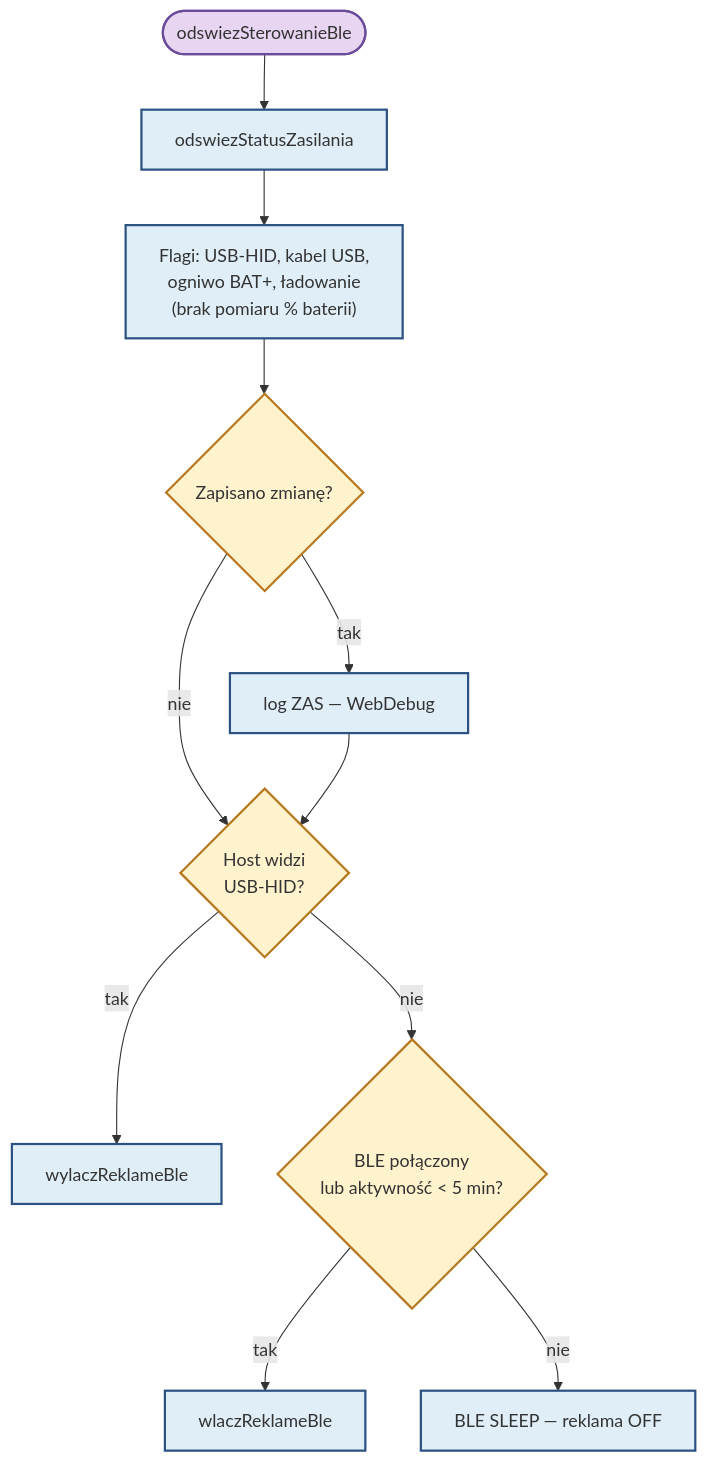
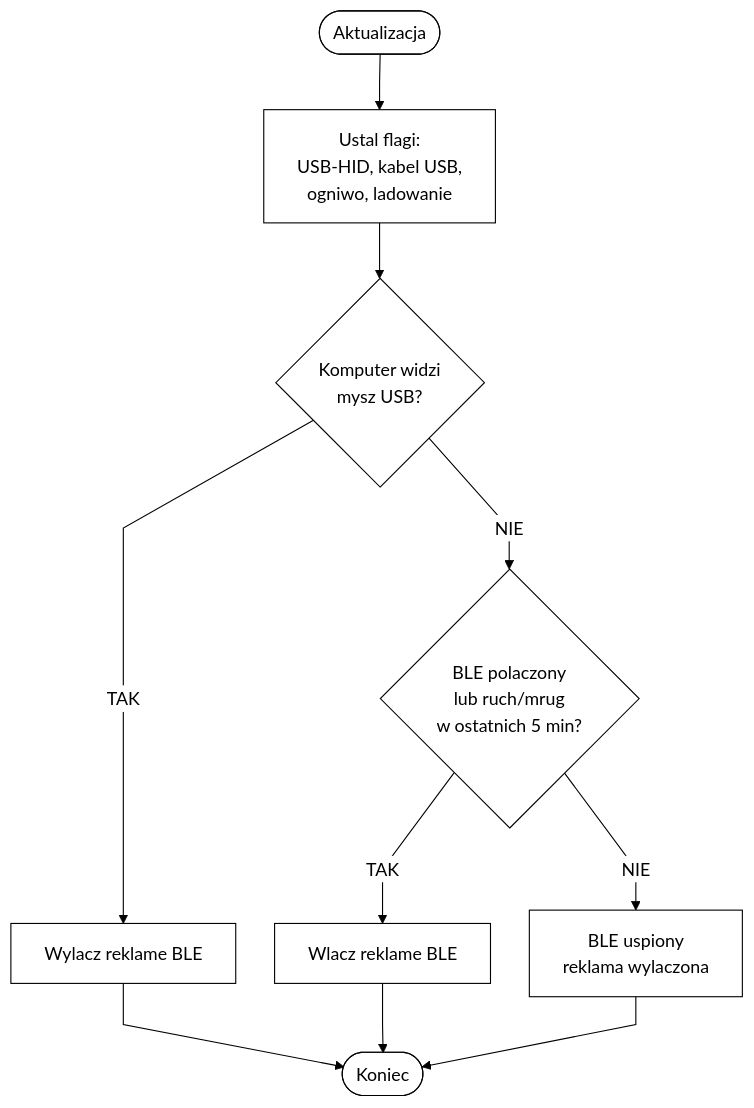
The sixth of 11 diagrams in README.md (bartkadres-ai/HEFAS-4.0), drawn with Mermaid before and after one commit. The commit also changed other lines of this file, not shown here.

````diff
--- a/README.md
+++ b/README.md
@@ -452,21 +414,13 @@
 ```mermaid
+%%{init: {'theme':'base','themeVariables':{'background':'#ffffff','mainBkg':'#ffffff','primaryColor':'#ffffff','primaryTextColor':'#000000','primaryBorderColor':'#000000','lineColor':'#000000','edgeLabelBackground':'#ffffff'},'flowchart':{'curve':'linear','nodeSpacing':35,'rankSpacing':50}}}%%
 flowchart TD
-    Z([odswiezSterowanieBle]) --> ST[odswiezStatusZasilania]
-    ST --> FL["Flagi: USB-HID, kabel USB,<br/>ogniwo BAT+, ładowanie<br/>(brak pomiaru % baterii)"]
-    FL --> CHG{Zapisano zmianę?}
-    CHG -->|tak| LOGZ["log ZAS — WebDebug"]
-    CHG -->|nie| USB
-    LOGZ --> USB{Host widzi<br/>USB-HID?}
-
-    USB -->|tak| OFF[wylaczReklameBle]
-    USB -->|nie| CON{BLE połączony<br/>lub aktywność &lt; 5 min?}
-    CON -->|tak| ON[wlaczReklameBle]
-    CON -->|nie| SLEEP[BLE SLEEP — reklama OFF]
-
-    classDef start fill:#e8d5f2,stroke:#6b4c9a,stroke-width:2px
-    classDef proc fill:#dfeef7,stroke:#2c5282,stroke-width:2px
-    classDef cond fill:#fff3cd,stroke:#b7791f,stroke-width:2px
-    class Z start
-    class ST,FL,LOGZ,OFF,ON,SLEEP proc
-    class CHG,USB,CON cond
+    A([Aktualizacja]) --> B[Ustal flagi:<br/>USB-HID, kabel USB,<br/>ogniwo, ladowanie]
+    B --> C{Komputer widzi<br/>mysz USB?}
+    C -->|TAK| D[Wylacz reklame BLE]
+    C -->|NIE| E{BLE polaczony<br/>lub ruch/mrug<br/>w ostatnich 5 min?}
+    E -->|TAK| F[Wlacz reklame BLE]
+    E -->|NIE| G[BLE uspiony<br/>reklama wylaczona]
+    D --> H([Koniec])
+    F --> H
+    G --> H
 ```
````
